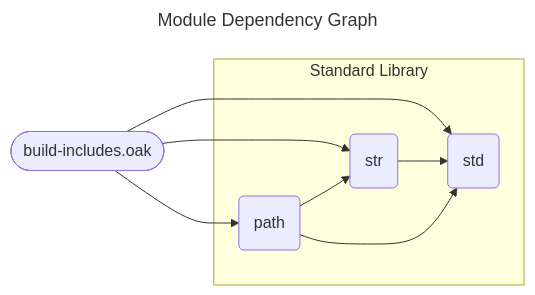
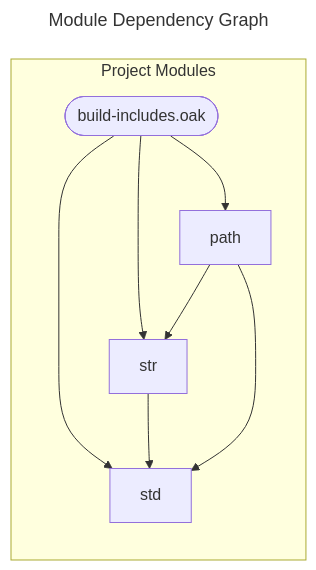
The diagram in docs/spec/build-includes.mmd (SpcFORK/magnolia), drawn with Mermaid before and after one commit. The commit also changed 373 other files, not shown here.

Commit message:
Refactor module dependency graphs and update imports across various specifications

```diff
--- a/docs/spec/build-includes.mmd
+++ b/docs/spec/build-includes.mmd
@@ -1,16 +1,16 @@
 ---
 title: Module Dependency Graph
 ---
 flowchart LR
-    lib_build_includes_oak(["build-includes.oak"])
-    subgraph stdlib_core ["Standard Library"]
-        std("std")
-        str("str")
-        path("path")
+    subgraph project_modules ["Project Modules"]
+        lib_build_includes_oak(["build-includes.oak"])
+        std["std"]
+        str["str"]
+        path["path"]
     end
     lib_build_includes_oak --> std
     lib_build_includes_oak --> str
     lib_build_includes_oak --> path
     str --> std
     path --> std
     path --> str
```
